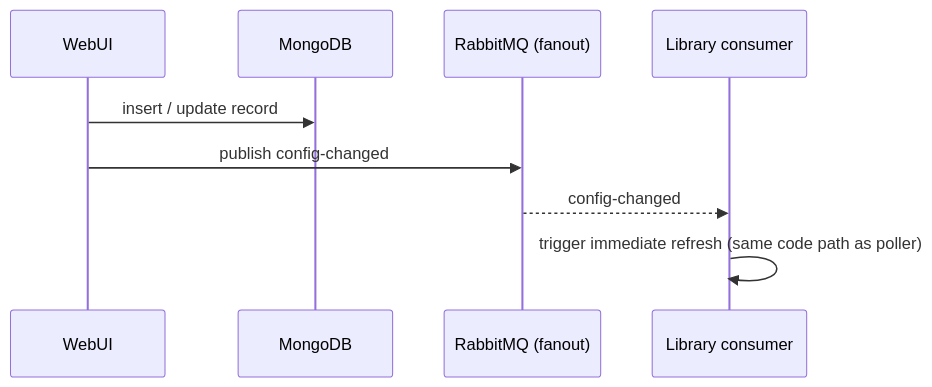
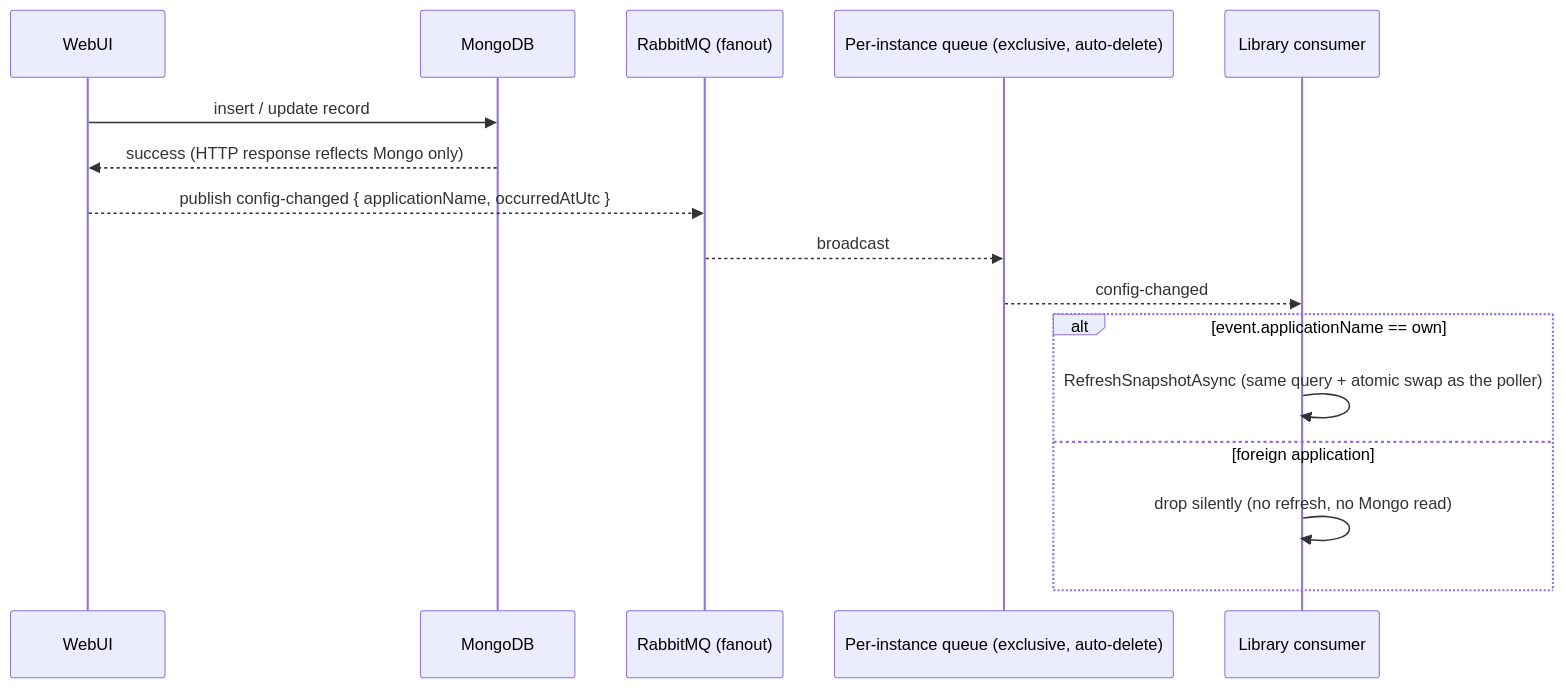
Before and after one commit to nuri35/dynamic-config-net: the third of 3 diagrams in docs/architecture.md, drawn with Mermaid. The commit also changed other lines of this file and 4 other files, not shown here.

First line of the commit message:
docs(phase-5): ratify broker architecture (ADR 0005) - no code

````diff
--- a/docs/architecture.md
+++ b/docs/architecture.md
@@ -96,12 +96,19 @@
 ```mermaid
 sequenceDiagram
     participant U as WebUI
     participant M as MongoDB
     participant X as RabbitMQ (fanout)
+    participant Q as Per-instance queue (exclusive, auto-delete)
     participant L as Library consumer
 
     U->>M: insert / update record
-    U->>X: publish config-changed
-    X-->>L: config-changed
-    L->>L: trigger immediate refresh (same code path as poller)
+    M-->>U: success (HTTP response reflects Mongo only)
+    U-->>X: publish config-changed { applicationName, occurredAtUtc }
+    X-->>Q: broadcast
+    Q-->>L: config-changed
+    alt event.applicationName == own
+        L->>L: RefreshSnapshotAsync (same query + atomic swap as the poller)
+    else foreign application
+        L->>L: drop silently (no refresh, no Mongo read)
+    end
 ```
````
